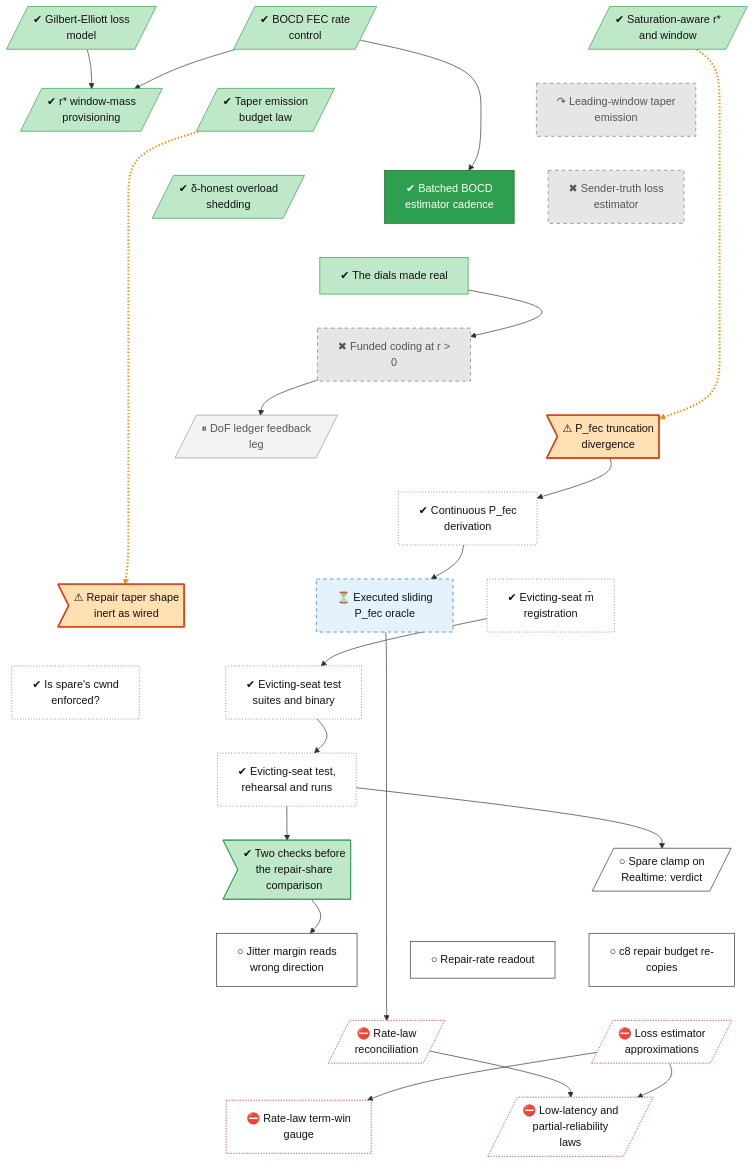
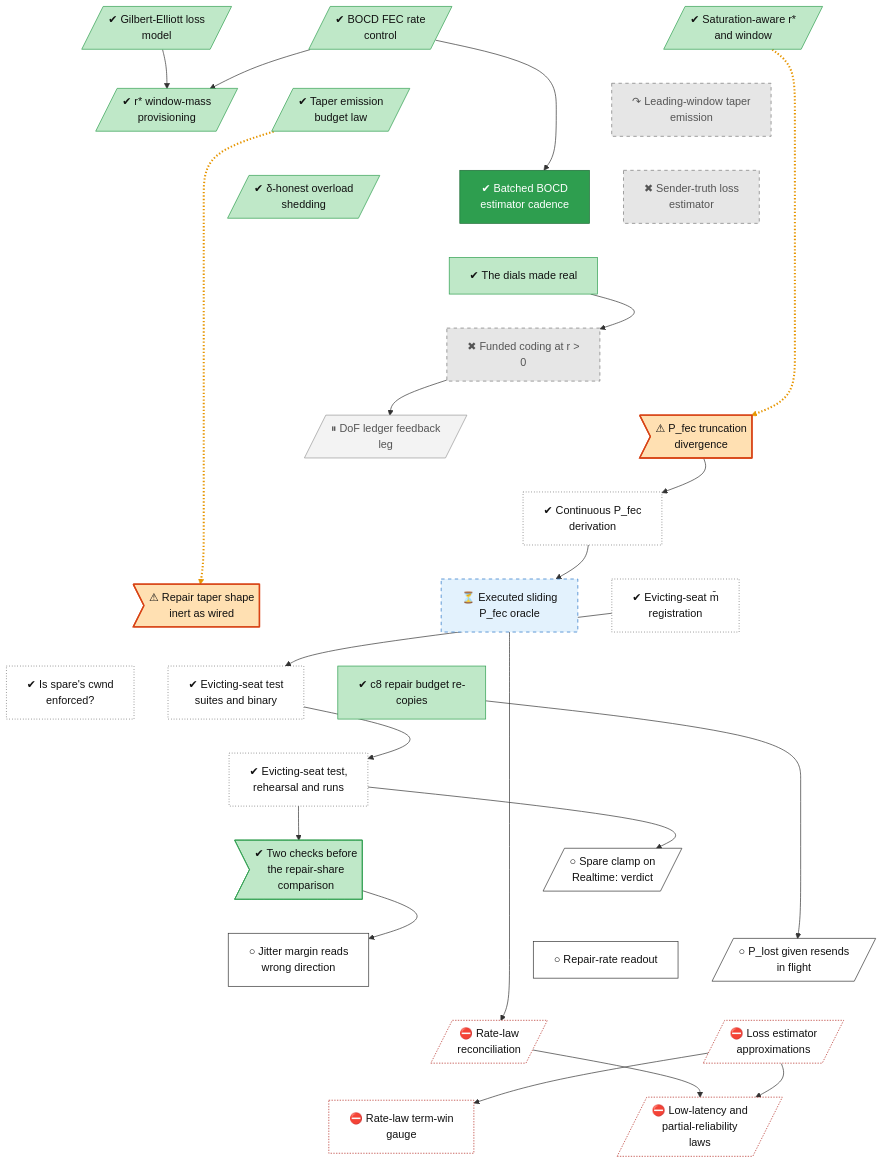
One commit to lhns/raptorpath changed the diagram in docs/roadmap/tracks/rate.md. Above: the diagram before and after it, drawn with Mermaid. The commit also changed other lines of this file and 12 other files, not shown here.

Commit message:
status §51 Addendum 2: the proactive copies are an S06 defect (every slot copies the cum-ack blocker on its original age; copies 4-7x losses, mostly already received; P_lost pinned at c8); erratum on rx_dup; law ledger S06 verdict; evidence s51b/recopy; roadmap

````diff
--- a/docs/roadmap/tracks/rate.md
+++ b/docs/roadmap/tracks/rate.md
@@ -28,12 +28,13 @@
     rate_evict_registration["✔ Evicting-seat m̄<br/>registration"]
     rate_spare_cwnd["✔ Is spare's cwnd<br/>enforced?"]
     rate_evict_epre["✔ Evicting-seat test<br/>suites and binary"]
+    rate_c8_frontier_recopy["✔ c8 repair budget re-<br/>copies"]
     rate_evict_session["✔ Evicting-seat test,<br/>rehearsal and runs"]
     rate_k4_input_checks>"✔ Two checks before<br/>the repair-share<br/>comparison"]
     rate_spare_clamp_verdict[/"○ Spare clamp on<br/>Realtime: verdict"/]
     rate_delta_jitter_fix["○ Jitter margin reads<br/>wrong direction"]
     rate_fix_rate_readout["○ Repair-rate readout"]
-    rate_c8_frontier_recopy["○ c8 repair budget re-<br/>copies"]
+    rate_s06_plost_derivation[/"○ P_lost given resends<br/>in flight"/]
     rate_law_reconcile[/"⛔ Rate-law<br/>reconciliation"/]
     rate_fix_estimators[/"⛔ Loss estimator<br/>approximations"/]
     rate_fix_term_gauge["⛔ Rate-law term-win<br/>gauge"]
@@ -57,17 +58,18 @@
     rate_pfec_continuous ~~~ rate_evict_registration
     rate_pfec_oracle ~~~ rate_spare_cwnd
     rate_defect_taper_inert ~~~ rate_evict_epre
-    rate_evict_registration ~~~ rate_evict_epre
+    rate_evict_registration ~~~ rate_c8_frontier_recopy
     rate_spare_cwnd ~~~ rate_evict_session
     rate_evict_epre ~~~ rate_evict_session
+    rate_c8_frontier_recopy ~~~ rate_evict_session
     rate_evict_session ~~~ rate_k4_input_checks
     rate_evict_session ~~~ rate_spare_clamp_verdict
     rate_k4_input_checks ~~~ rate_delta_jitter_fix
     rate_spare_clamp_verdict ~~~ rate_fix_rate_readout
-    rate_spare_clamp_verdict ~~~ rate_c8_frontier_recopy
+    rate_spare_clamp_verdict ~~~ rate_s06_plost_derivation
     rate_delta_jitter_fix ~~~ rate_law_reconcile
     rate_fix_rate_readout ~~~ rate_fix_estimators
-    rate_c8_frontier_recopy ~~~ rate_fix_estimators
+    rate_s06_plost_derivation ~~~ rate_fix_estimators
     rate_law_reconcile ~~~ rate_fix_term_gauge
     rate_fix_estimators ~~~ rate_fix_rho_realtime
     rate_saturation_rstar -.-> rate_defect_pfec
@@ -84,11 +86,12 @@
     rate_evict_session --> rate_k4_input_checks
     rate_evict_session --> rate_spare_clamp_verdict
     rate_k4_input_checks --> rate_delta_jitter_fix
+    rate_c8_frontier_recopy --> rate_s06_plost_derivation
     rate_pfec_oracle --> rate_law_reconcile
     rate_fix_estimators --> rate_fix_term_gauge
     rate_law_reconcile --> rate_fix_rho_realtime
     rate_fix_estimators --> rate_fix_rho_realtime
-    linkStyle 32,35 stroke:#e69500,stroke-width:3px,stroke-dasharray:2 3
+    linkStyle 33,36 stroke:#e69500,stroke-width:3px,stroke-dasharray:2 3
     classDef vsucc fill:#2e9e4f,stroke:#1b6b34,color:#fff
     classDef succ fill:#bfe8c8,stroke:#2e9e4f,color:#111
     classDef mixed fill:#ffd37a,stroke:#c98a00,color:#111
@@ -102,13 +105,13 @@
     classDef userdec fill:#d9c2f0,stroke:#7b3fb5,color:#111
     classDef defect fill:#ffe0b2,stroke:#d84315,stroke-width:2px,color:#111
     classDef waiting fill:#e3f2fd,stroke:#1f6fc5,stroke-dasharray:5 5,color:#111
-    class rate_ge_hmm,rate_fec_rate_v1,rate_saturation_rstar,rate_rstar_window_mass,rate_taper_r,rate_unified_shed,rate_dials_made_real,rate_k4_input_checks succ
+    class rate_ge_hmm,rate_fec_rate_v1,rate_saturation_rstar,rate_rstar_window_mass,rate_taper_r,rate_unified_shed,rate_dials_made_real,rate_c8_frontier_recopy,rate_k4_input_checks succ
     class rate_leading_taper,rate_sender_truth_loss,rate_r_battery dead
     class rate_est_cadence vsucc
     class rate_dof_ledger parked
     class rate_defect_pfec,rate_defect_taper_inert defect
     class rate_pfec_continuous,rate_evict_registration,rate_spare_cwnd,rate_evict_epre,rate_evict_session unrated
     class rate_pfec_oracle waiting
-    class rate_spare_clamp_verdict,rate_delta_jitter_fix,rate_fix_rate_readout,rate_c8_frontier_recopy next
+    class rate_spare_clamp_verdict,rate_delta_jitter_fix,rate_fix_rate_readout,rate_s06_plost_derivation next
     class rate_law_reconcile,rate_fix_estimators,rate_fix_term_gauge,rate_fix_rho_realtime blocked
 ```
````
